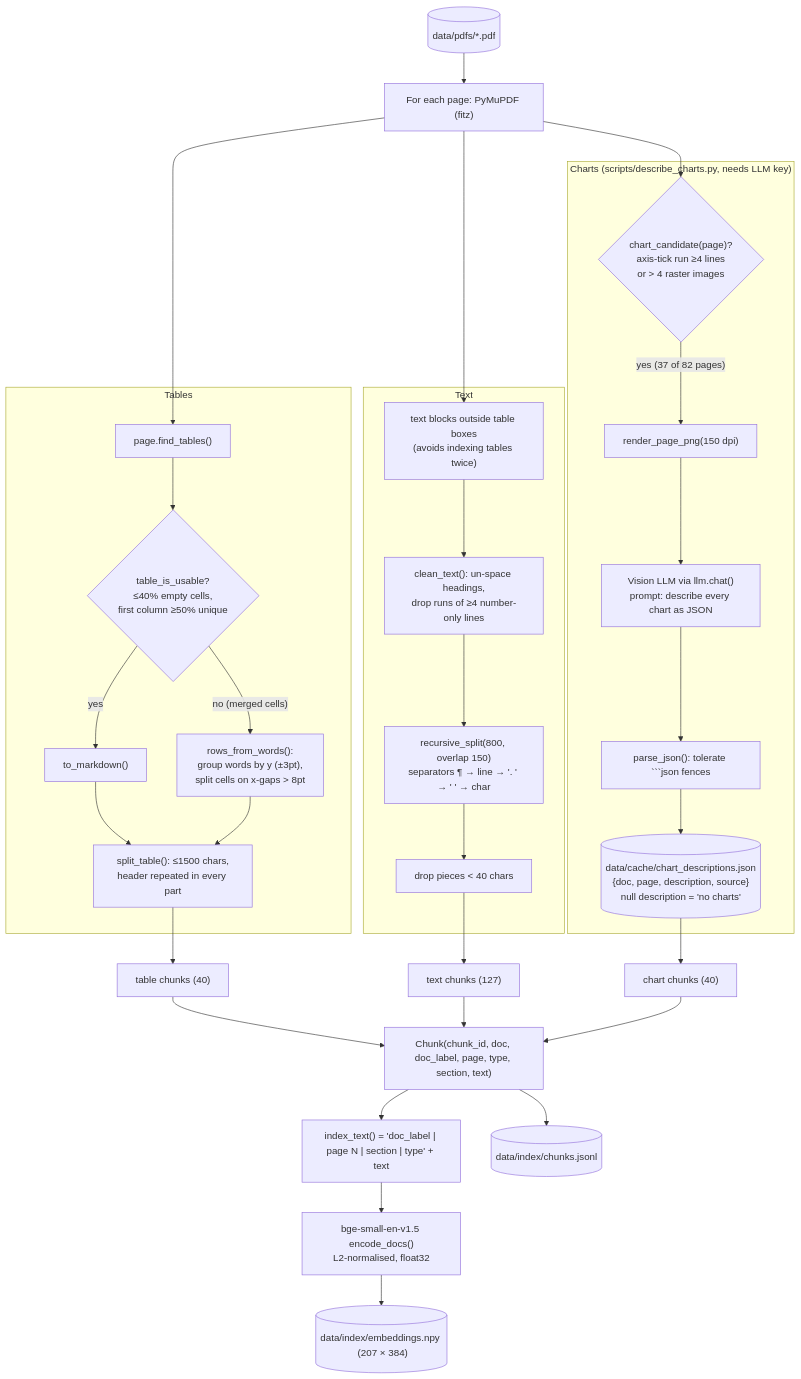
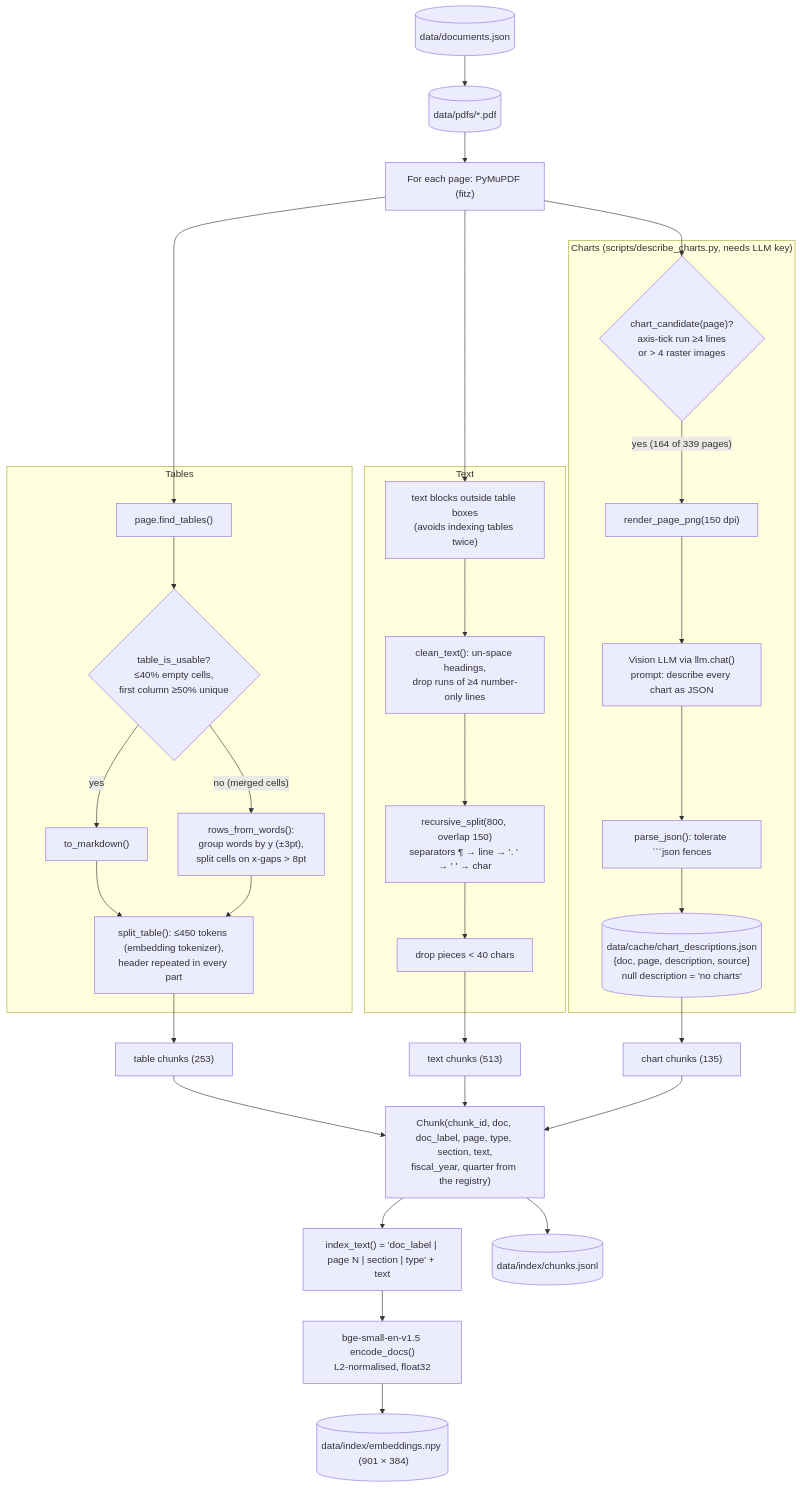
One commit to KSJanjua/finrag changed the diagram in docs/architecture/02-ingestion-pipeline.mmd. Above: the diagram before and after it, drawn with Mermaid. The commit also changed 25 other files, not shown here.

````diff
--- a/docs/architecture/02-ingestion-pipeline.mmd
+++ b/docs/architecture/02-ingestion-pipeline.mmd
@@ -1,41 +1,42 @@
 %% 02 · Offline ingestion: PDF pages -> typed chunks -> embeddings on disk.
 %% Source of truth: scripts/build_index.py, scripts/describe_charts.py,
 %%                  src/finrag/ingest.py, chunking.py, charts.py, dense.py, retriever.py (save_index)
 flowchart TB
-    pdf[("data/pdfs/*.pdf")] --> page["For each page: PyMuPDF (fitz)"]
+    reg[("data/documents.json")] --> pdf[("data/pdfs/*.pdf")]
+    pdf --> page["For each page: PyMuPDF (fitz)"]
 
     subgraph tables["Tables"]
         ft["page.find_tables()"] --> ok{"table_is_usable?<br/>≤40% empty cells,<br/>first column ≥50% unique"}
         ok -- yes --> md["to_markdown()"]
         ok -- "no (merged cells)" --> rw["rows_from_words():<br/>group words by y (±3pt),<br/>split cells on x-gaps > 8pt"]
-        md --> st["split_table(): ≤1500 chars,<br/>header repeated in every part"]
+        md --> st["split_table(): ≤450 tokens (embedding tokenizer),<br/>header repeated in every part"]
         rw --> st
     end
 
     subgraph text["Text"]
         blocks["text blocks outside table boxes<br/>(avoids indexing tables twice)"] --> clean["clean_text(): un-space headings,<br/>drop runs of ≥4 number-only lines"]
         clean --> rs["recursive_split(800, overlap 150)<br/>separators ¶ → line → '. ' → ' ' → char"]
         rs --> drop["drop pieces < 40 chars"]
     end
 
     subgraph charts["Charts (scripts/describe_charts.py, needs LLM key)"]
-        cand{"chart_candidate(page)?<br/>axis-tick run ≥4 lines<br/>or > 4 raster images"} -- "yes (37 of 82 pages)" --> png["render_page_png(150 dpi)"]
+        cand{"chart_candidate(page)?<br/>axis-tick run ≥4 lines<br/>or > 4 raster images"} -- "yes (164 of 339 pages)" --> png["render_page_png(150 dpi)"]
         png --> vlm["Vision LLM via llm.chat()<br/>prompt: describe every chart as JSON"]
         vlm --> pj["parse_json(): tolerate ```json fences"]
         pj --> cachef[("data/cache/chart_descriptions.json<br/>{doc, page, description, source}<br/>null description = 'no charts'")]
     end
 
     page --> ft
     page --> blocks
     page --> cand
-    st --> tc["table chunks (40)"]
-    drop --> xc["text chunks (127)"]
-    cachef --> cc["chart chunks (40)"]
+    st --> tc["table chunks (253)"]
+    drop --> xc["text chunks (513)"]
+    cachef --> cc["chart chunks (135)"]
 
-    tc --> chunk["Chunk(chunk_id, doc, doc_label, page, type, section, text)"]
+    tc --> chunk["Chunk(chunk_id, doc, doc_label, page, type, section, text,<br/>fiscal_year, quarter from the registry)"]
     xc --> chunk
     cc --> chunk
     chunk --> it["index_text() = 'doc_label | page N | section | type' + text"]
     it --> emb["bge-small-en-v1.5 encode_docs()<br/>L2-normalised, float32"]
     chunk --> jl[("data/index/chunks.jsonl")]
-    emb --> npy[("data/index/embeddings.npy  (207 × 384)")]
+    emb --> npy[("data/index/embeddings.npy  (901 × 384)")]
````
